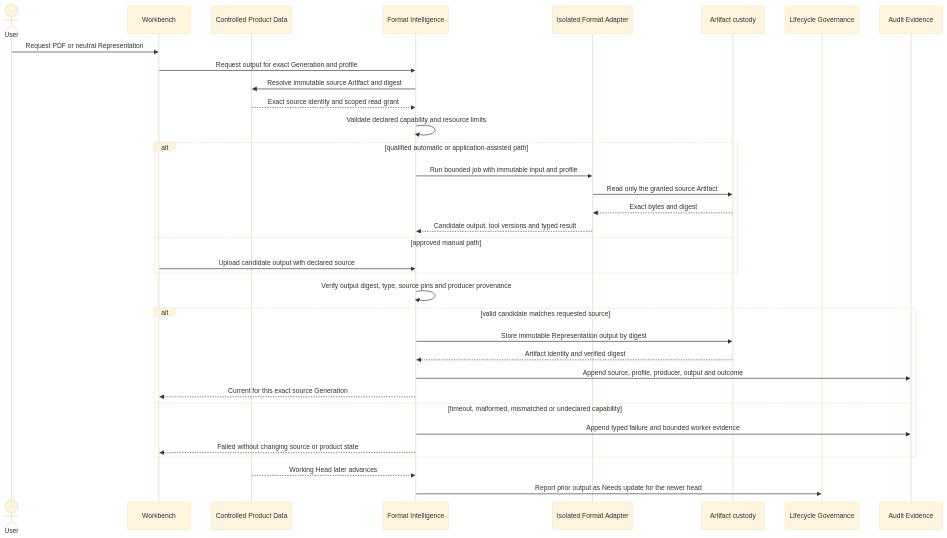
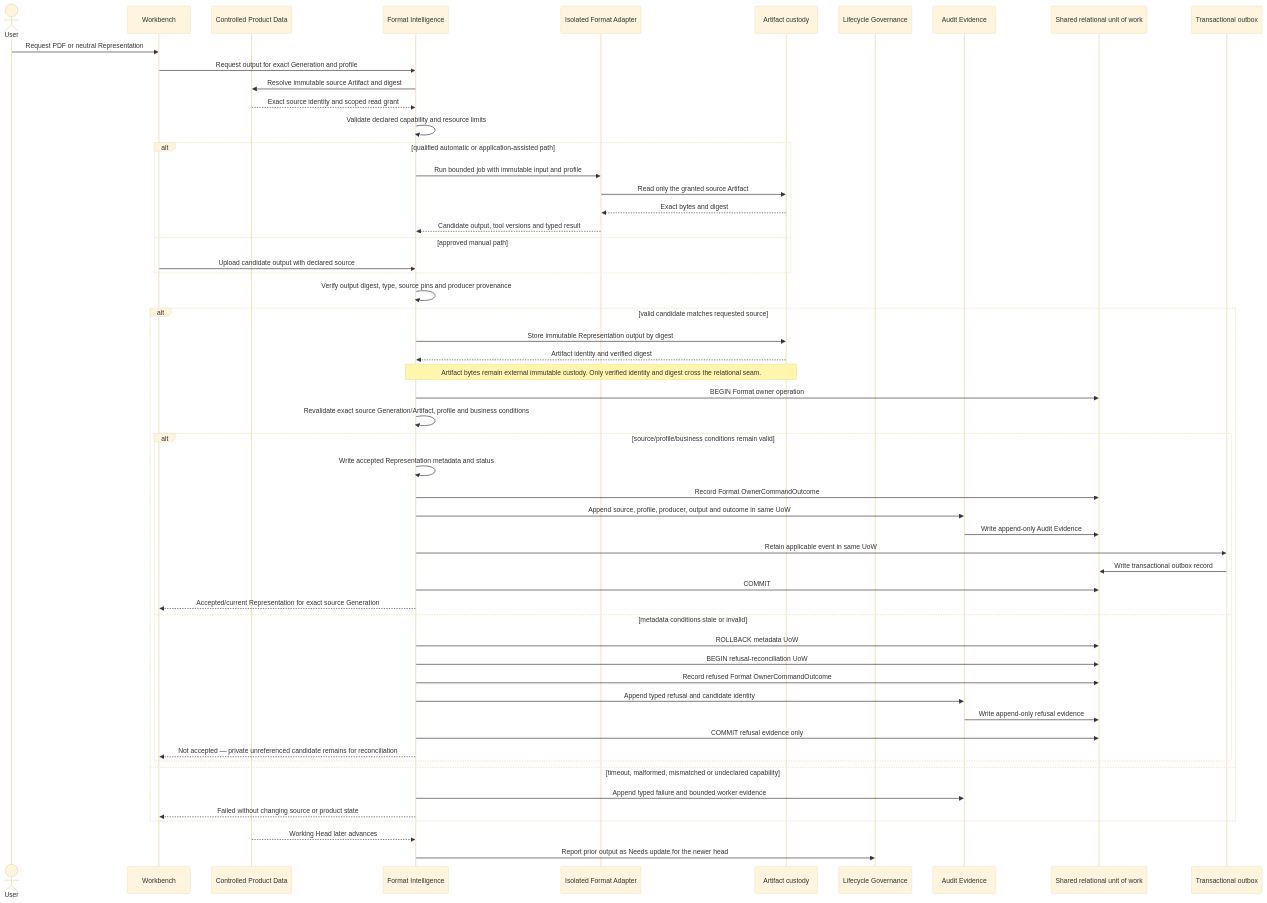
Before and after one commit to devphuclam/IDEAEngineering: diagram 22 of 26 in docs/product/instances/idea-engineering/DOC-05-architecture-description.md, drawn with Mermaid (base theme). The commit also changed other lines of this file and 69 other files, not shown here.

Commit message:
docs: close remaining architecture transaction gaps

````diff
--- a/docs/product/instances/idea-engineering/DOC-05-architecture-description.md
+++ b/docs/product/instances/idea-engineering/DOC-05-architecture-description.md
@@ -1741,43 +1900,64 @@
 ```mermaid
 sequenceDiagram
     accTitle: Qualified neutral Representation production
-    accDescr: Format Intelligence resolves one exact source Generation, Artifact digest and versioned capability profile. For an automatic path it grants a bounded immutable-input job to an isolated format adapter, which may invoke a qualified application export or standalone converter. For a manual path it receives an uploaded candidate. Both paths verify output, source pins and producer provenance before registering a non-authoritative Representation. Failure preserves the source and records a typed result. When the source later advances, the old Representation remains reproducible but is marked Needs update for the newer head.
+    accDescr: Format Intelligence resolves one exact source Generation, Artifact digest and versioned capability profile. For an automatic path it grants a bounded immutable-input job to an isolated format adapter, which may invoke a qualified application export or standalone converter. For a manual path it receives an uploaded candidate. Artifact Custody verifies and stores immutable output bytes and returns the exact Artifact identity and digest, but byte custody does not make a Representation authoritative. Format Intelligence alone validates and accepts Representation metadata, source pins and producer provenance in its owner unit of work, recording the Owner Command Outcome, Audit Evidence and applicable outbox atomically. If metadata acceptance fails after byte storage, the candidate remains private and unreferenced for governed reconciliation; the source is unchanged. When the source later advances, the old committed Representation remains reproducible but is marked Needs update for the newer head.
 
     actor User
     participant UI as Workbench
     participant Product as Controlled Product Data
     participant Format as Format Intelligence
     participant Worker as Isolated Format Adapter
     participant Artifacts as Artifact custody
     participant Lifecycle as Lifecycle Governance
     participant Audit as Audit Evidence
+    participant UoW as Shared relational unit of work
+    participant Outbox as Transactional outbox
 
     User->>UI: Request PDF or neutral Representation
     UI->>Format: Request output for exact Generation and profile
     Format->>Product: Resolve immutable source Artifact and digest
     Product-->>Format: Exact source identity and scoped read grant
     Format->>Format: Validate declared capability and resource limits
 
     alt qualified automatic or application-assisted path
         Format->>Worker: Run bounded job with immutable input and profile
         Worker->>Artifacts: Read only the granted source Artifact
         Artifacts-->>Worker: Exact bytes and digest
         Worker-->>Format: Candidate output, tool versions and typed result
     else approved manual path
         UI->>Format: Upload candidate output with declared source
     end
 
     Format->>Format: Verify output digest, type, source pins and producer provenance
     alt valid candidate matches requested source
         Format->>Artifacts: Store immutable Representation output by digest
         Artifacts-->>Format: Artifact identity and verified digest
-        Format->>Audit: Append source, profile, producer, output and outcome
-        Format-->>UI: Current for this exact source Generation
+        Note over Format,Artifacts: Artifact bytes remain external immutable custody. Only verified identity and digest cross the relational seam.
+        Format->>UoW: BEGIN Format owner operation
+        Format->>Format: Revalidate exact source Generation/Artifact, profile and business conditions
+        alt source/profile/business conditions remain valid
+            Format->>Format: Write accepted Representation metadata and status
+            Format->>UoW: Record Format OwnerCommandOutcome
+            Format->>Audit: Append source, profile, producer, output and outcome in same UoW
+            Audit->>UoW: Write append-only Audit Evidence
+            Format->>Outbox: Retain applicable event in same UoW
+            Outbox->>UoW: Write transactional outbox record
+            Format->>UoW: COMMIT
+            Format-->>UI: Accepted/current Representation for exact source Generation
+        else metadata conditions stale or invalid
+            Format->>UoW: ROLLBACK metadata UoW
+            Format->>UoW: BEGIN refusal-reconciliation UoW
+            Format->>UoW: Record refused Format OwnerCommandOutcome
+            Format->>Audit: Append typed refusal and candidate identity
+            Audit->>UoW: Write append-only refusal evidence
+            Format->>UoW: COMMIT refusal evidence only
+            Format-->>UI: Not accepted — private unreferenced candidate remains for reconciliation
+        end
     else timeout, malformed, mismatched or undeclared capability
         Format->>Audit: Append typed failure and bounded worker evidence
         Format-->>UI: Failed without changing source or product state
     end
 
     Product-->>Format: Working Head later advances
     Format->>Lifecycle: Report prior output as Needs update for the newer head
 ```
````
